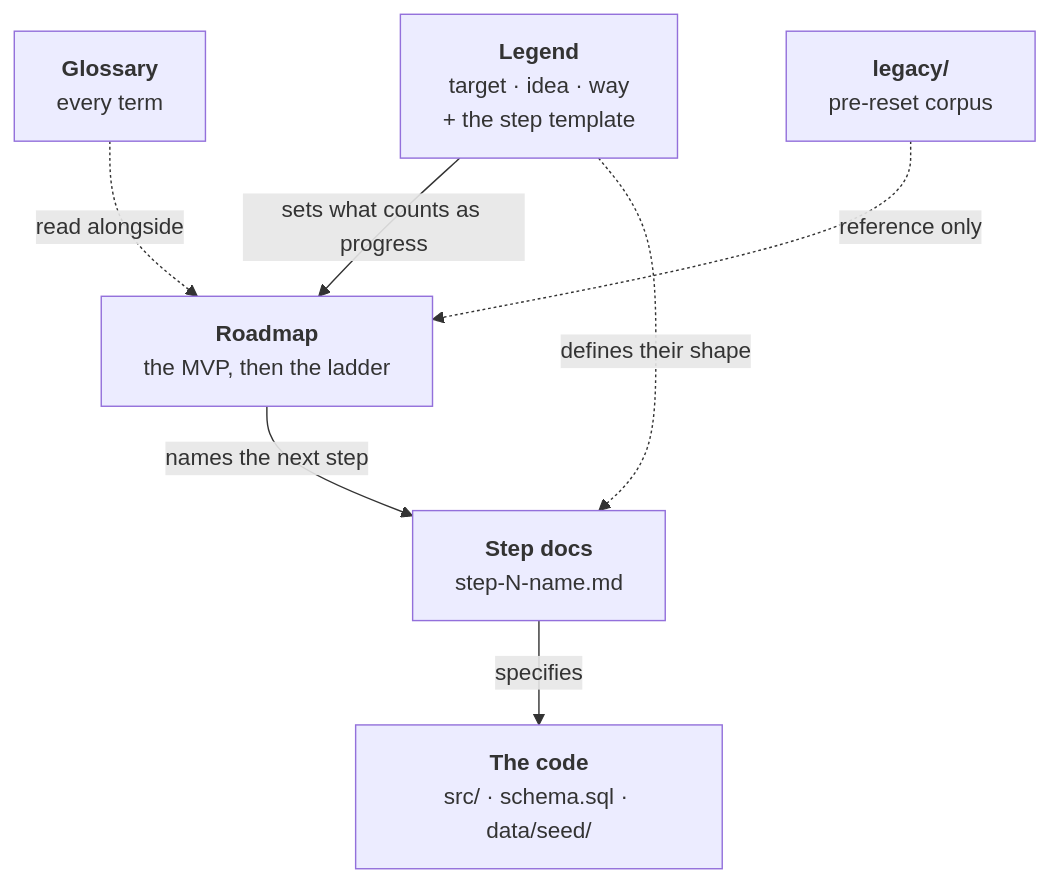
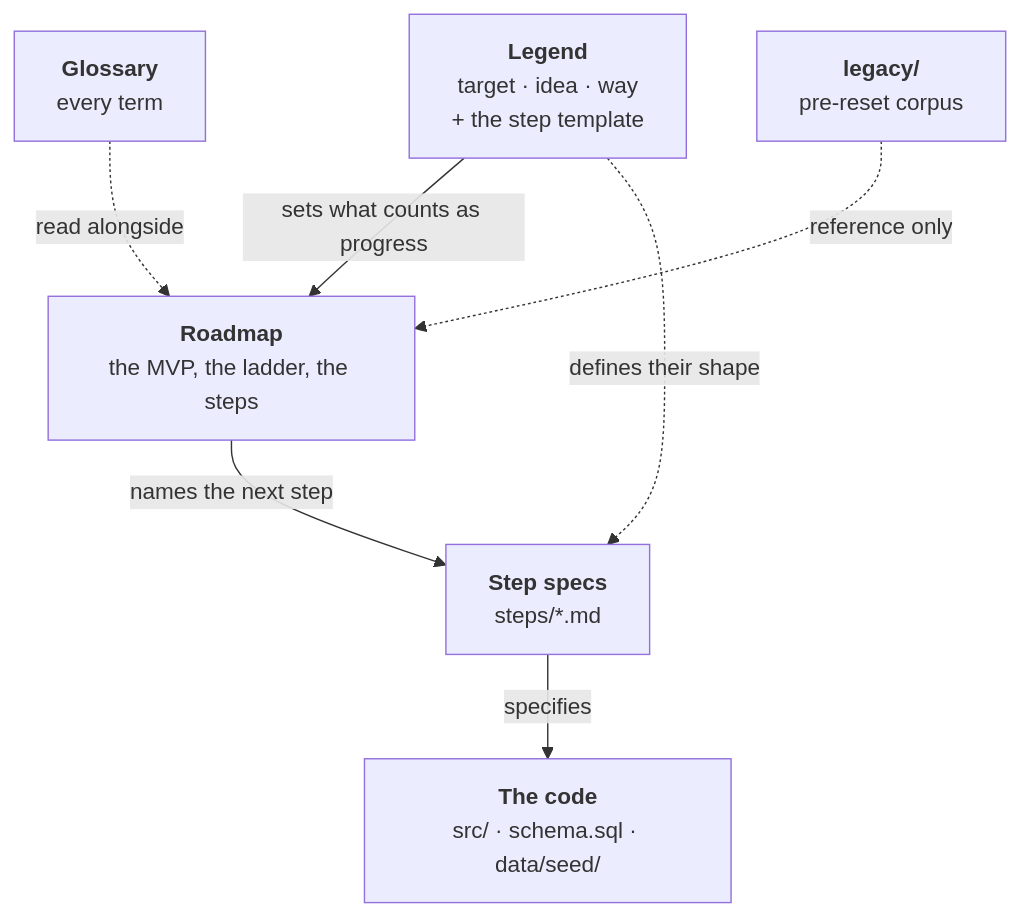
One commit to diykorey/fortuneteller changed the diagram in docs/README.md. Above: the diagram before and after it, drawn with Mermaid. The commit also changed other lines of this file and 3 other files, not shown here.

````diff
--- a/docs/README.md
+++ b/docs/README.md
@@ -62,16 +48,16 @@
 ```mermaid
 flowchart TD
     L["<b>Legend</b><br/>target · idea · way<br/>+ the step template"]
-    R["<b>Roadmap</b><br/>the MVP, then the ladder"]
-    S["<b>Step docs</b><br/>step-N-name.md"]
+    R["<b>Roadmap</b><br/>the MVP, the ladder, the steps"]
+    S["<b>Step specs</b><br/>steps/*.md"]
     C["<b>The code</b><br/>src/ · schema.sql · data/seed/"]
     G["<b>Glossary</b><br/>every term"]
     Y["<b>legacy/</b><br/>pre-reset corpus"]
 
     L -->|"sets what counts as progress"| R
     R -->|"names the next step"| S
     S -->|"specifies"| C
     L -.->|"defines their shape"| S
     G -.->|"read alongside"| R
     Y -.->|"reference only"| R
 ```
````
